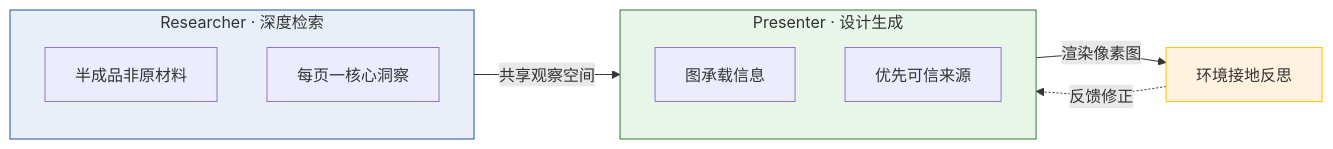
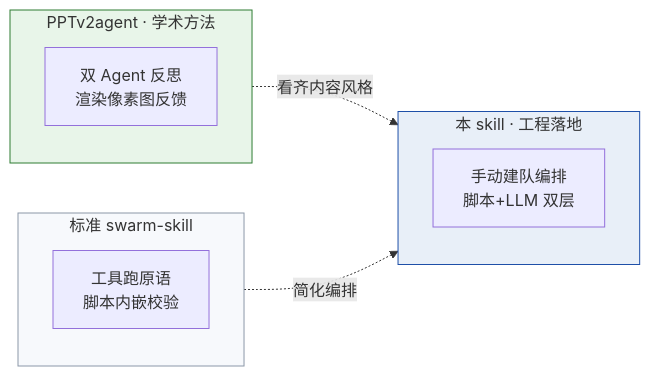
The eighth of 13 diagrams in manuscript.md (int2t05/internship), drawn with Mermaid before and after one commit. The commit also changed other lines of this file and 6 other files, not shown here.

````diff
--- a/manuscript.md
+++ b/manuscript.md
@@ -318,20 +318,20 @@
 ```mermaid
 flowchart LR
-    subgraph R["Researcher · 深度检索"]
-        R1["半成品非原材料"]
-        R2["每页一核心洞察"]
+    subgraph A["PPTv2agent · 学术方法"]
+        A1["双 Agent 反思<br/>渲染像素图反馈"]
     end
-    subgraph P["Presenter · 设计生成"]
-        P1["图承载信息"]
-        P2["优先可信来源"]
+    subgraph B["标准 swarm-skill"]
+        B1["工具跑原语<br/>脚本内嵌校验"]
     end
-    R -->|"共享观察空间"| P
-    P -->|"渲染像素图"| F["环境接地反思"]
-    F -.->|"反馈修正"| P
-    classDef res fill:#E8EFF8,stroke:#1E4FA8
-    classDef pres fill:#E8F5E9,stroke:#2E7D32
-    classDef fb fill:#FFF3E0,stroke:#FFC107
-    class R res
-    class P pres
-    class F fb
+    subgraph C["本 skill · 工程落地"]
+        C1["手动建队编排<br/>脚本+LLM 双层"]
+    end
+    A -.看齐内容风格.-> C
+    B -.简化编排.-> C
+    classDef sota fill:#E8F5E9,stroke:#2E7D32
+    classDef std fill:#F7F9FC,stroke:#8B97A8
+    classDef our fill:#E8EFF8,stroke:#1E4FA8
+    class A sota
+    class B std
+    class C our
 ```
````
